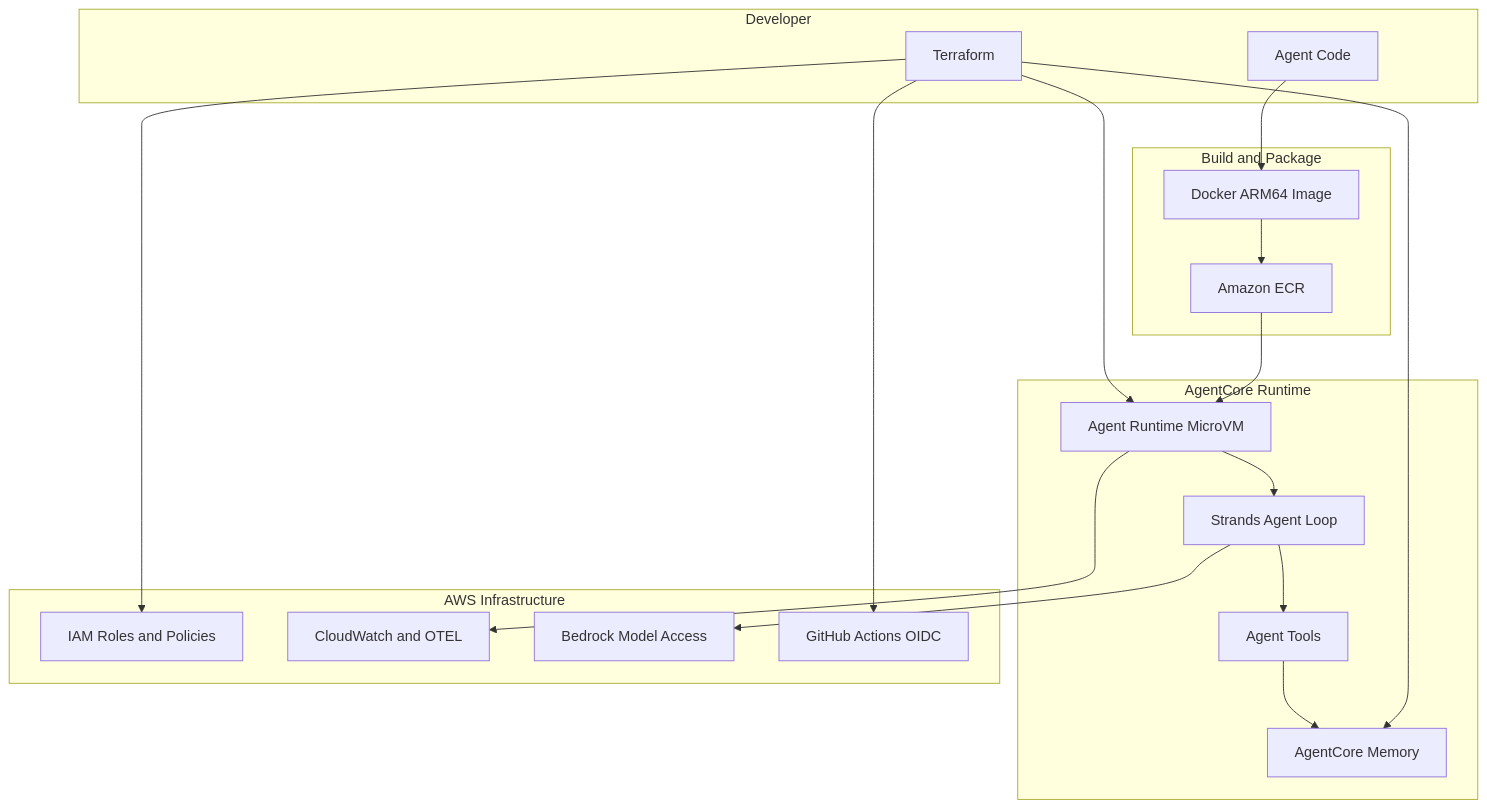
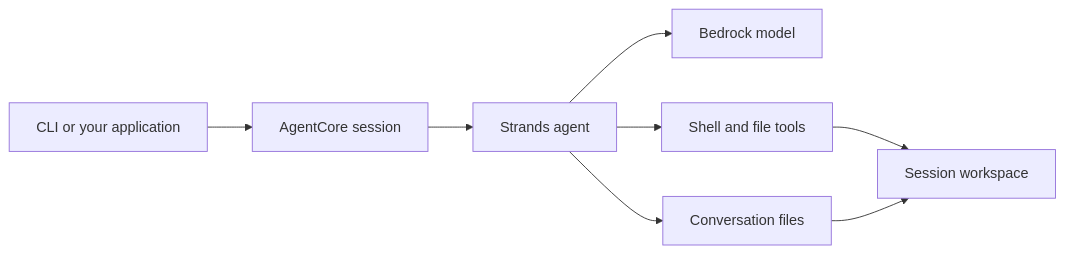
One commit to weijianzhg/bedrock-agent-blueprint changed the diagram in README.md. Above: the diagram before and after it, drawn with Mermaid. The commit also changed other lines of this file and 25 other files, not shown here.

First line of the commit message:
feat: add a resumable cloud agent workspace blueprint (#6)

````diff
--- a/README.md
+++ b/README.md
@@ -7,36 +7,10 @@
 ```mermaid
-flowchart TB
-    subgraph dev [Developer]
-        Code[Agent Code]
-        TF[Terraform]
-    end
-
-    subgraph build [Build and Package]
-        Docker[Docker ARM64 Image]
-        ECR[Amazon ECR]
-    end
-
-    subgraph runtime [AgentCore Runtime]
-        RT[Agent Runtime MicroVM]
-        Strands[Strands Agent Loop]
-        Tools[Agent Tools]
-        Memory[AgentCore Memory]
-    end
-
-    subgraph infra [AWS Infrastructure]
-        IAM[IAM Roles and Policies]
-        CW[CloudWatch and OTEL]
-        Bedrock[Bedrock Model Access]
-        Actions[GitHub Actions OIDC]
-    end
-
-    Code --> Docker --> ECR --> RT
-    TF --> IAM
-    TF --> Memory
-    TF --> Actions
-    TF --> RT
-    RT --> Strands --> Tools
-    Tools --> Memory
-    Strands --> Bedrock
-    RT --> CW
+flowchart LR
+    CLI[CLI or your application] --> Runtime[AgentCore session]
+    Runtime --> Agent[Strands agent]
+    Agent --> Model[Bedrock model]
+    Agent --> Tools[Shell and file tools]
+    Tools --> Workspace[Session workspace]
+    Agent --> History[Conversation files]
+    History --> Workspace
 ```
````
